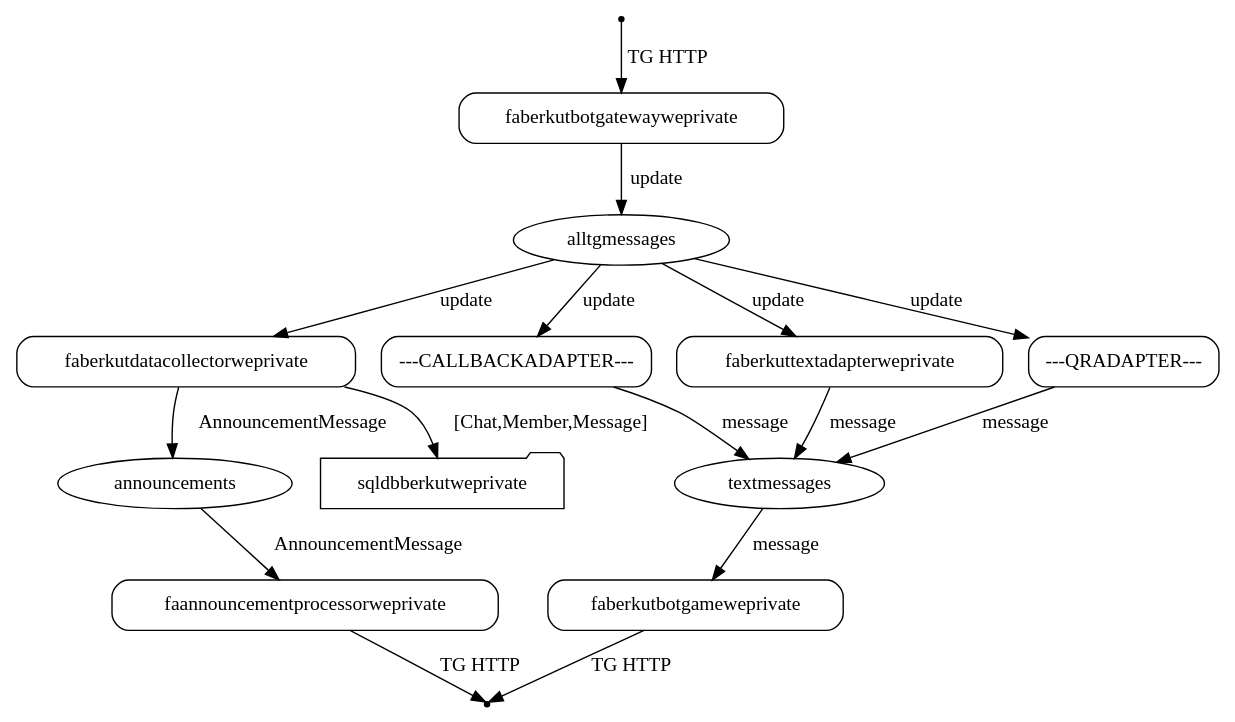
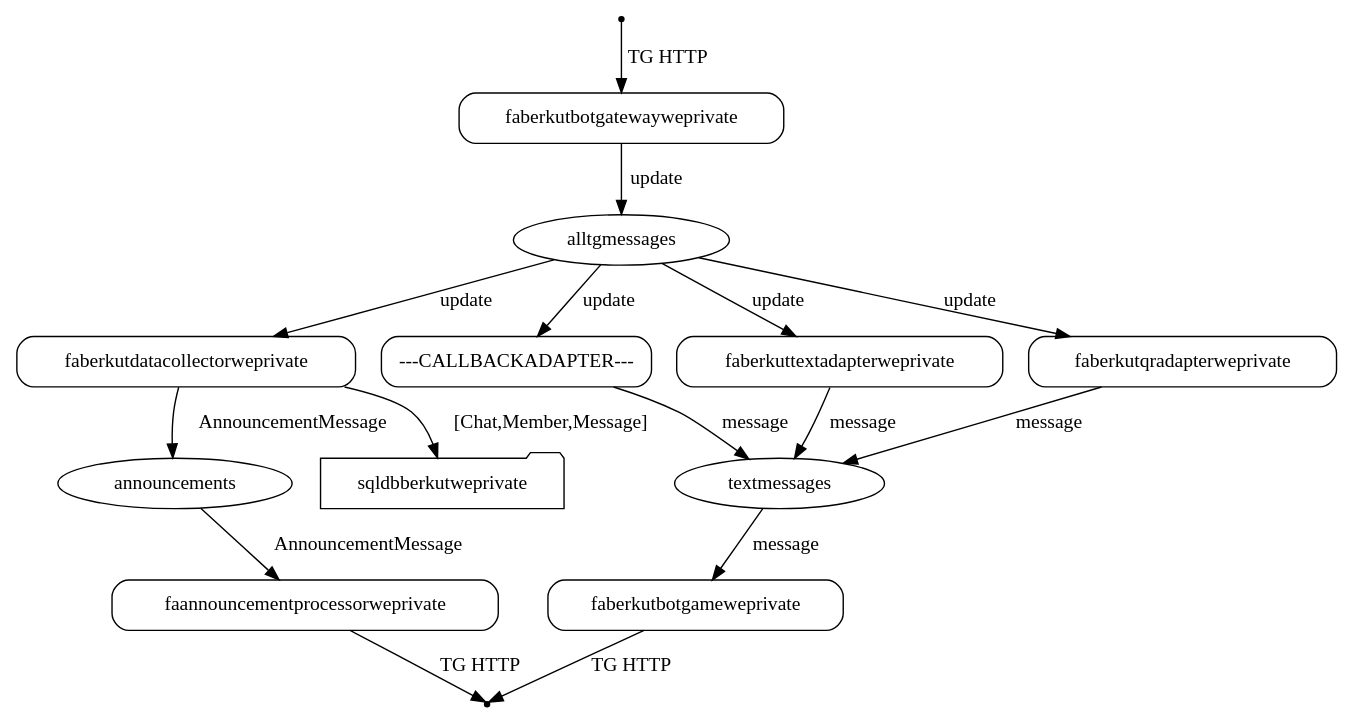
One commit to ArtemKiyashko/BerkutBotTelegramGateway changed the diagram in readme.md. Above: the diagram before and after it, drawn with Graphviz. The commit also changed other lines of this file, not shown here.

````diff
--- a/readme.md
+++ b/readme.md
@@ -1,36 +2,36 @@
 ```graphviz
 digraph finite_state_machine {
     rankdir=TB;
 
 
     node [shape = point ]; start;
     node [shape = box, style = rounded, label = "faberkutbotgatewayweprivate"]; Gateway;
     node [shape = ellipse, label = "alltgmessages"]; AllTgMessages;
     node [shape = box, style = rounded, label = "faberkutdatacollectorweprivate", group = "adapters"]; DataCollector;
     node [shape = box, style = rounded, label = "---CALLBACKADAPTER---", group = "adapters"]; CallbackAdapter;
     node [shape = box, style = rounded, label = "faberkuttextadapterweprivate", group = "adapters"]; TextAdapter;
-    node [shape = box, style = rounded, label = "---QRADAPTER---", group = "adapters"]; QrAdapter;
+    node [shape = box, style = rounded, label = "faberkutqradapterweprivate", group = "adapters"]; QrAdapter;
     node [shape = ellipse, label = "textmessages"]; TextMessages;
     node [shape = box, style = rounded, label = "faberkutbotgameweprivate"]; AnswerProcessor;
     node [shape = ellipse, label = "announcements"]; Announcements;
     node [shape = box, style = rounded, label = "faannouncementprocessorweprivate"]; AnnouncementProcessor;
     node [shape = folder, label = "sqldbberkutweprivate" ]; SqlDb;
     node [shape = point ]; end;
     
     start -> Gateway [ label = "TG HTTP" ];
     Gateway -> AllTgMessages [ label = "update" ];
     AllTgMessages -> DataCollector [ label = "update" ];
     AllTgMessages -> CallbackAdapter [ label = "update" ];
     AllTgMessages -> TextAdapter [ label = "update" ];
     AllTgMessages -> QrAdapter [ label = "update" ];
     CallbackAdapter -> TextMessages [ label = "message" ];
     TextAdapter -> TextMessages [ label = "message" ];
     QrAdapter -> TextMessages [ label = "message" ];
     TextMessages -> AnswerProcessor [ label = "message" ];
     AnswerProcessor -> end [ label = "TG HTTP" ];
     DataCollector -> Announcements [ label = "AnnouncementMessage" ];
     DataCollector -> SqlDb [ label = "[Chat,Member,Message]" ];
     Announcements -> AnnouncementProcessor [ label = "AnnouncementMessage" ];
     AnnouncementProcessor -> end [ label = "TG HTTP" ];
 }
 ```
````
